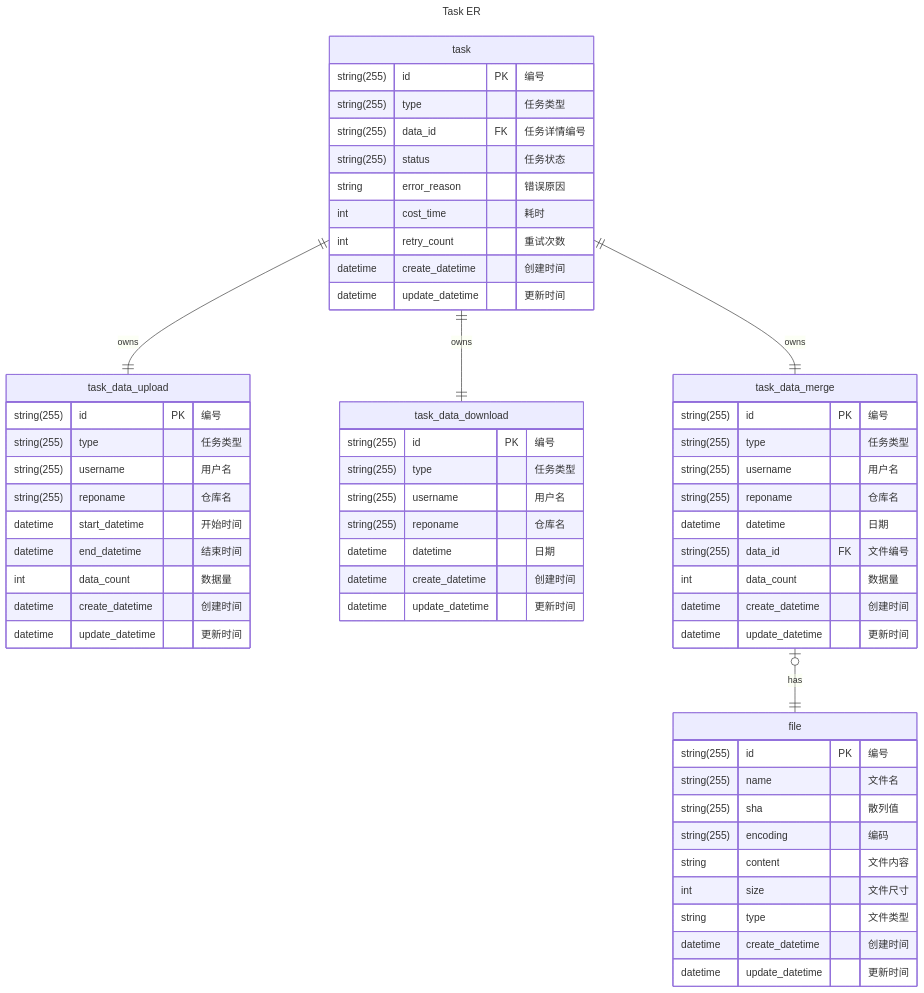
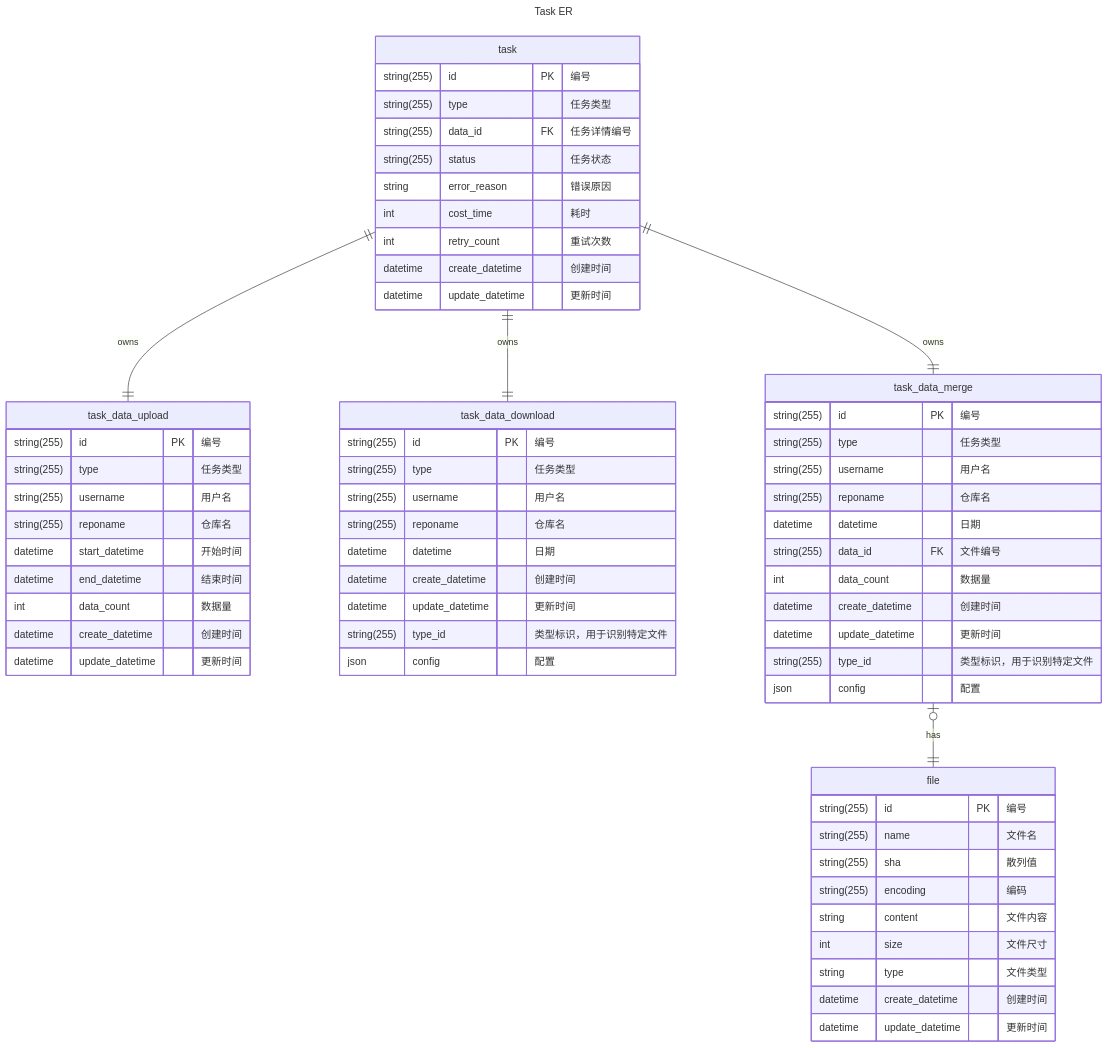
Before and after one commit to lastsunday/job-hunting: the eighth of 9 diagrams in docs/src/development/extension/core_logic_flow.md, drawn with Mermaid. The commit also changed other lines of this file, not shown here.

````diff
--- a/docs/src/development/extension/core_logic_flow.md
+++ b/docs/src/development/extension/core_logic_flow.md
@@ -702,63 +702,67 @@
 ```mermaid
 ---
 title: Task ER
 ---
 erDiagram
     task ||--|| task_data_upload: owns
     task {
       string(255) id PK "编号"
       string(255) type "任务类型"
       string(255) data_id FK "任务详情编号"
       string(255) status "任务状态"
       string error_reason "错误原因"
       int cost_time "耗时"
       int retry_count "重试次数"
       datetime create_datetime "创建时间"
       datetime update_datetime "更新时间"
     }
     task_data_upload {
       string(255) id PK "编号"
       string(255) type "任务类型"
       string(255) username "用户名"
       string(255) reponame "仓库名"
       datetime start_datetime "开始时间"
       datetime end_datetime "结束时间"
       int data_count "数据量"
       datetime create_datetime "创建时间"
       datetime update_datetime "更新时间"
     }
     task ||--|| task_data_download: owns
     task_data_download {
       string(255) id PK "编号"
       string(255) type "任务类型"
       string(255) username "用户名"
       string(255) reponame "仓库名"
       datetime datetime "日期"
       datetime create_datetime "创建时间"
       datetime update_datetime "更新时间"
+      string(255) type_id "类型标识，用于识别特定文件"
+      json config "配置"
     }
     task ||--|| task_data_merge: owns
     task_data_merge {
       string(255) id PK "编号"
       string(255) type "任务类型"
       string(255) username "用户名"
       string(255) reponame "仓库名"
       datetime datetime "日期"
       string(255) data_id FK "文件编号"
       int data_count "数据量"
       datetime create_datetime "创建时间"
       datetime update_datetime "更新时间"
+      string(255) type_id "类型标识，用于识别特定文件"
+      json config "配置"
     }
     task_data_merge |o--|| file: has
     file {
       string(255) id PK "编号"
       string(255) name "文件名"
       string(255) sha "散列值"
       string(255) encoding "编码"
       string content "文件内容"
       int size "文件尺寸"
       string type "文件类型"
       datetime create_datetime "创建时间"
       datetime update_datetime "更新时间"
     }
 ```
````
